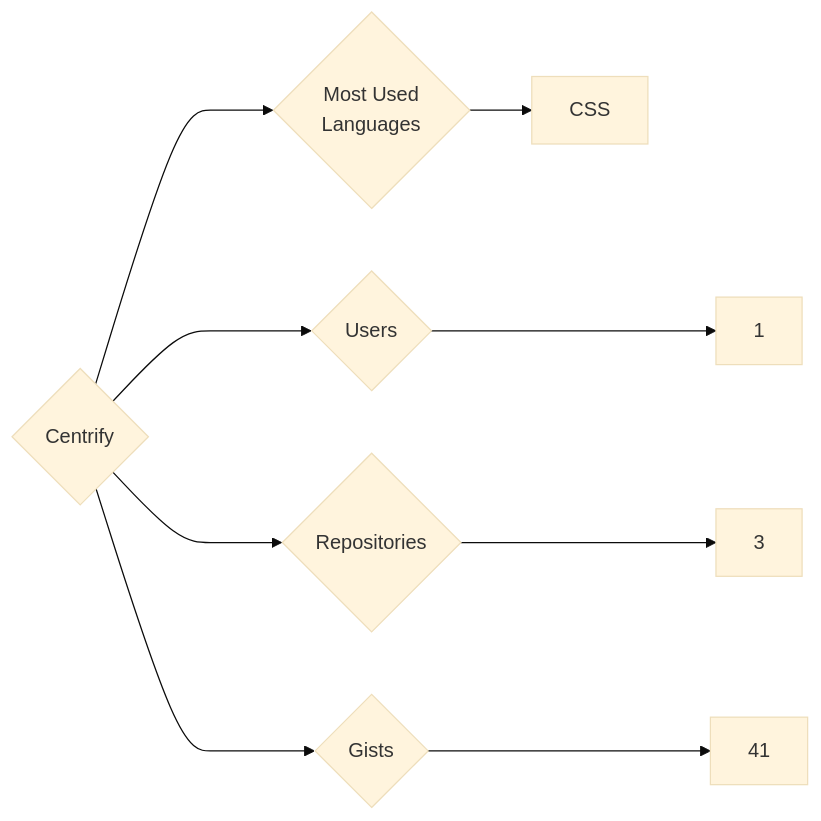
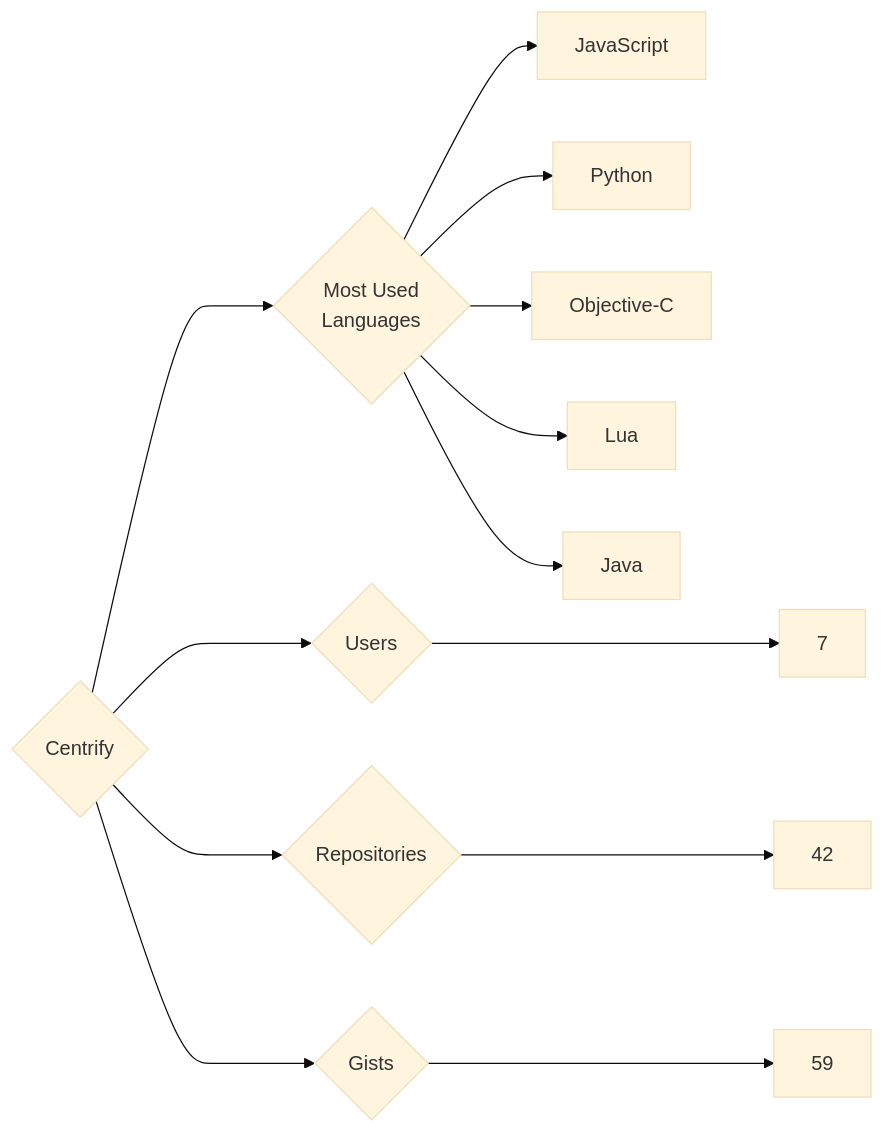
The diagram in targets/Centrify/README.md (trickest/insiders), drawn with Mermaid (base theme) before and after one commit. The commit also changed 1314 other files, not shown here.

````diff
--- a/targets/Centrify/README.md
+++ b/targets/Centrify/README.md
@@ -3,9 +3,13 @@
 ```mermaid
 graph LR
 COMPANY_NAME{Centrify}
-COMPANY_NAME ---> U{Users} ---> UN[1]
-COMPANY_NAME ---> R{Repositories} ---> RN[3]
-COMPANY_NAME ---> G{Gists} ---> GN[41]
+COMPANY_NAME ---> U{Users} ---> UN[7]
+COMPANY_NAME ---> R{Repositories} ---> RN[42]
+COMPANY_NAME ---> G{Gists} ---> GN[59]
 COMPANY_NAME ---> ML{Most Used<br>Languages}
-ML --> CSS[CSS]
+ML --> JavaScript[JavaScript]
+ML --> Python[Python]
+ML --> Objective-C[Objective-C]
+ML --> Lua[Lua]
+ML --> Java[Java]
 ```
````
